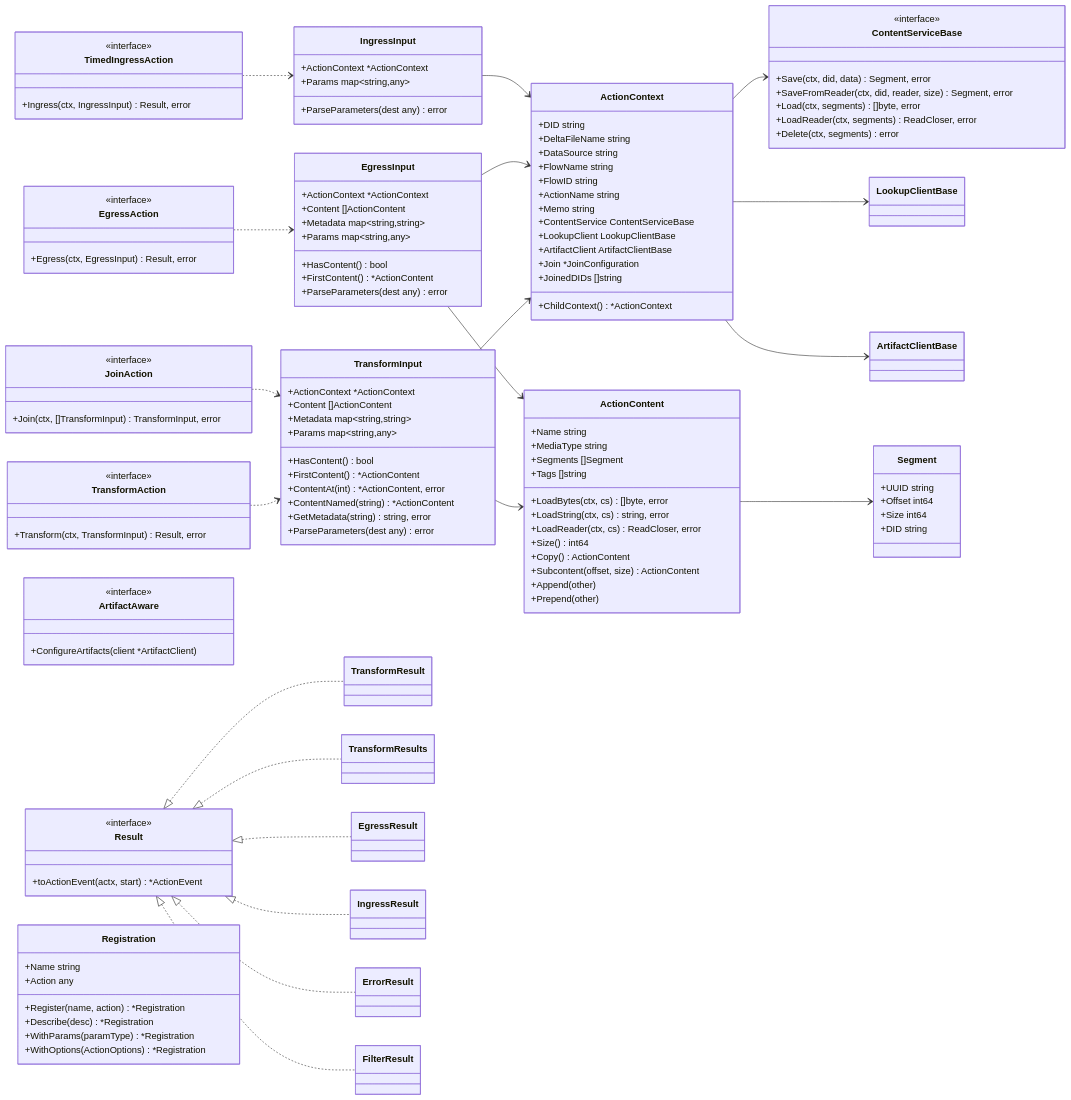
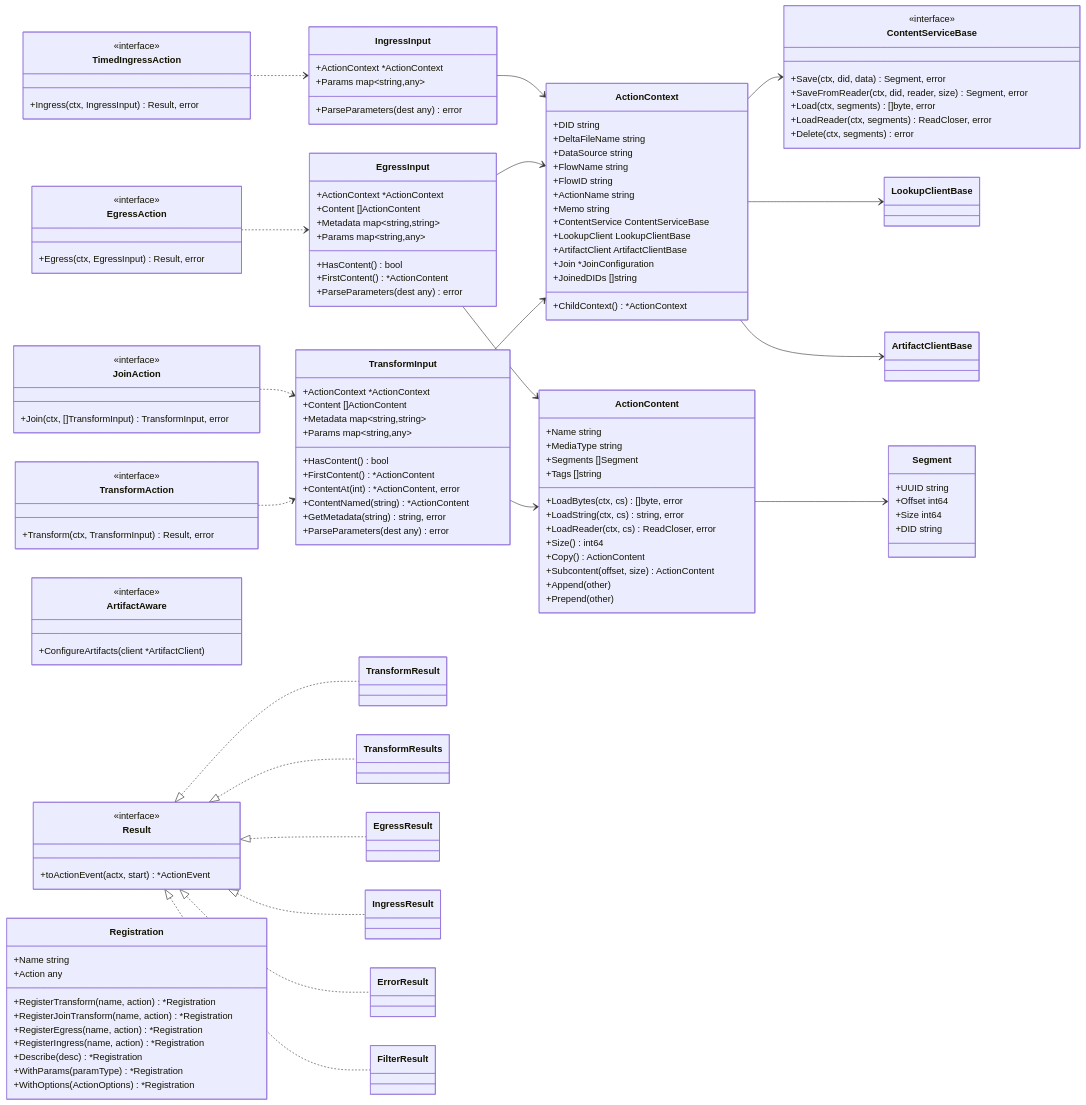
Before and after one commit to deltafi/deltafi: the first of 3 diagrams in deltafi-go-action-kit/DESIGN.md, drawn with Mermaid. The commit also changed other lines of this file and 69 other files, not shown here.

```diff
--- a/deltafi-go-action-kit/DESIGN.md
+++ b/deltafi-go-action-kit/DESIGN.md
@@ -163,7 +163,10 @@
     class Registration {
         +Name string
         +Action any
-        +Register(name, action) *Registration
+        +RegisterTransform(name, action) *Registration
+        +RegisterJoinTransform(name, action) *Registration
+        +RegisterEgress(name, action) *Registration
+        +RegisterIngress(name, action) *Registration
         +Describe(desc) *Registration
         +WithParams(paramType) *Registration
         +WithOptions(ActionOptions) *Registration
```
